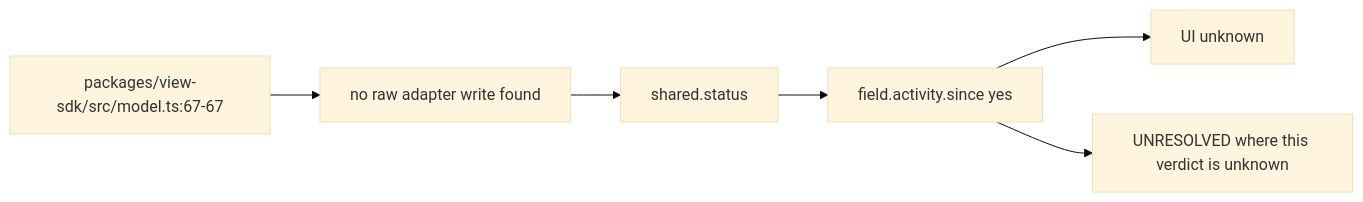
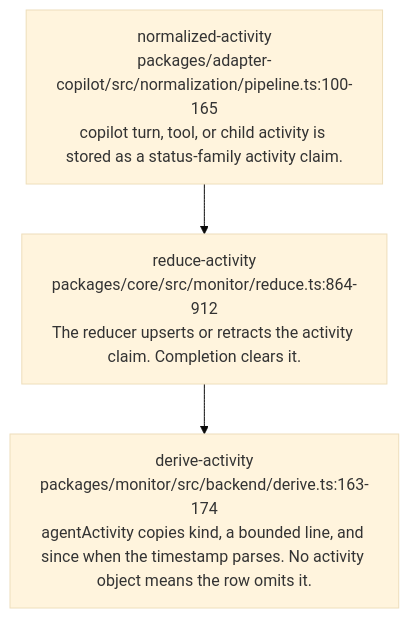
One commit to vibefield/vibefield changed the diagram in audit/godview/evidence/copilot/activity.since.mmd. Above: the diagram before and after it, drawn with Mermaid (base theme). The commit also changed 1665 other files, not shown here.

```diff
--- a/audit/godview/evidence/copilot/activity.since.mmd
+++ b/audit/godview/evidence/copilot/activity.since.mmd
@@ -1,13 +1,9 @@
-%% graph_ref: shared.status
+%% field: field.activity.since
 %% adapter: copilot
-%% field: field.activity.since
-%% forensic: source-read at 748d015; not a live sample
-flowchart LR
-  src["packages/view-sdk/src/model.ts:67-67"]
-  raw["no raw adapter write found"]
-  shared["shared.status"]
-  row["field.activity.since yes"]
-  ui["UI unknown"]
-  src --> raw --> shared --> row --> ui
-  open["UNRESOLVED where this verdict is unknown"]
-  row --> open
+%% forensic: source-read 748d015a7e393112e0a91dad80111fdf5abe6583; not a live sample
+flowchart TD
+  n0["normalized-activity\npackages/adapter-copilot/src/normalization/pipeline.ts:100-165\ncopilot turn, tool, or child activity is stored as a status-family activity claim."]
+  n1["reduce-activity\npackages/core/src/monitor/reduce.ts:864-912\nThe reducer upserts or retracts the activity claim. Completion clears it."]
+  n0 --> n1
+  n2["derive-activity\npackages/monitor/src/backend/derive.ts:163-174\nagentActivity copies kind, a bounded line, and since when the timestamp parses. No activity object means the row omits it."]
+  n1 --> n2
```
